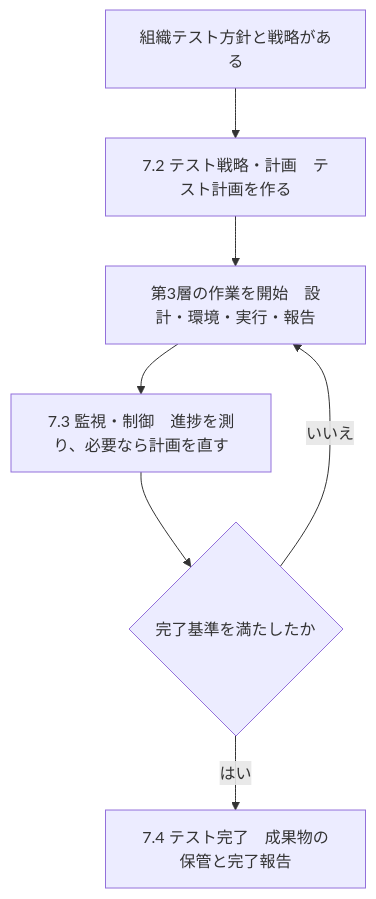
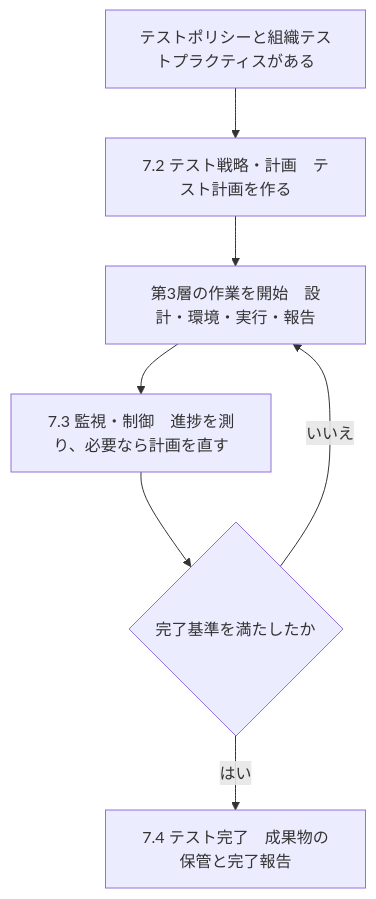
The third of 17 diagrams in Iso-29119-2-test-processes-guide.md (myoshi2891/Quality-Assurance-Studies), drawn with Mermaid before and after one commit. The commit also changed other lines of this file, not shown here.

````diff
--- a/Iso-29119-2-test-processes-guide.md
+++ b/Iso-29119-2-test-processes-guide.md
@@ -185,15 +185,15 @@
 ```mermaid
 flowchart TD
-    TM1["組織テスト方針と戦略がある"]
+    TM1["テストポリシーと組織テストプラクティスがある"]
     TM2["7.2 テスト戦略・計画　テスト計画を作る"]
     TM3["第3層の作業を開始　設計・環境・実行・報告"]
     TM4["7.3 監視・制御　進捗を測り、必要なら計画を直す"]
     TM5{"完了基準を満たしたか"}
     TM6["7.4 テスト完了　成果物の保管と完了報告"]
     TM1 --> TM2
     TM2 --> TM3
     TM3 --> TM4
     TM4 --> TM5
     TM5 -->|"いいえ"| TM3
     TM5 -->|"はい"| TM6
 ```
````
